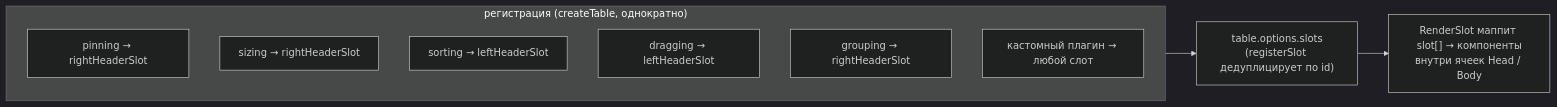
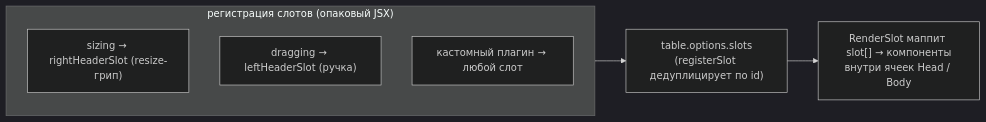
One commit to tessera-grid/tessera changed the second of 2 diagrams in docs/architecture/plugins-and-slots.md. Above: the diagram before and after it, drawn with Mermaid (dark theme). The commit also changed other lines of this file and 7 other files, not shown here.

````diff
--- a/docs/architecture/plugins-and-slots.md
+++ b/docs/architecture/plugins-and-slots.md
@@ -89,14 +96,11 @@
 ```mermaid
 flowchart LR
-    subgraph reg["регистрация (createTable, однократно)"]
-        P1["pinning → rightHeaderSlot"]
-        P2["sizing → rightHeaderSlot"]
-        P3["sorting → leftHeaderSlot"]
-        P4["dragging → leftHeaderSlot"]
-        P5["grouping → rightHeaderSlot"]
+    subgraph reg["регистрация слотов (опаковый JSX)"]
+        P2["sizing → rightHeaderSlot (resize-грип)"]
+        P4["dragging → leftHeaderSlot (ручка)"]
         CUST["кастомный плагин → любой слот"]
     end
     STORE["table.options.slots<br/>(registerSlot дедуплицирует по id)"]
     reg --> STORE
     STORE --> RS["RenderSlot маппит slot[] → компоненты<br/>внутри ячеек Head / Body"]
 ```
````
